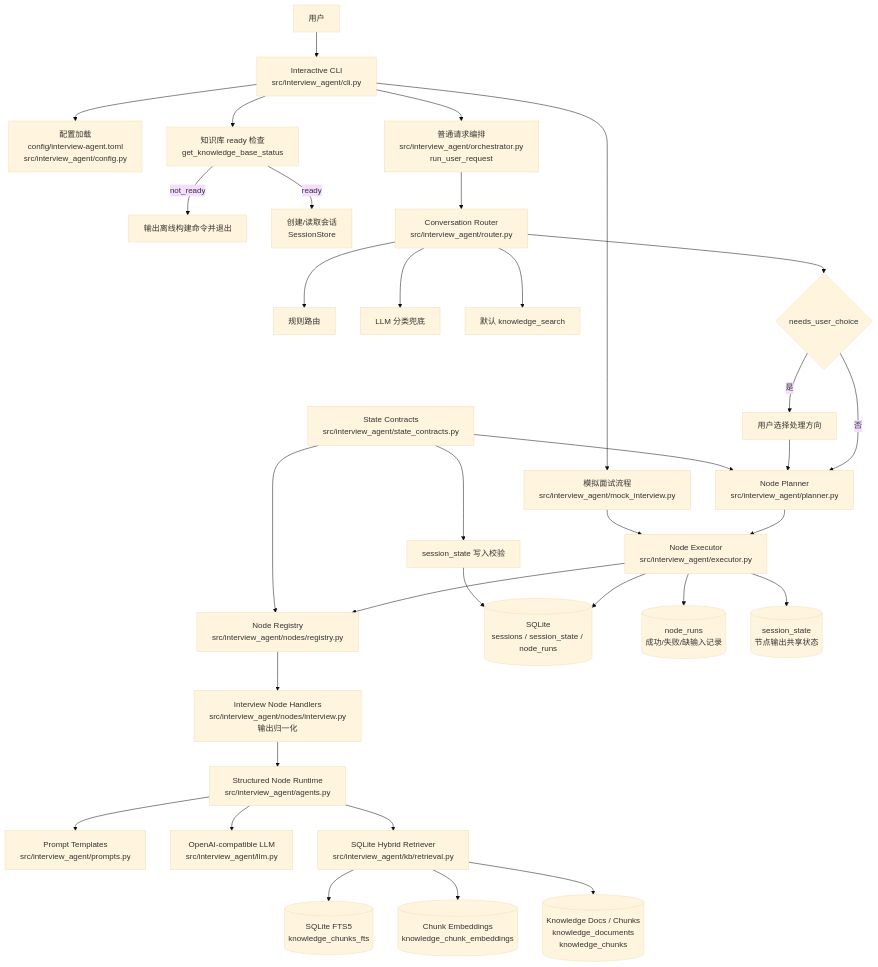
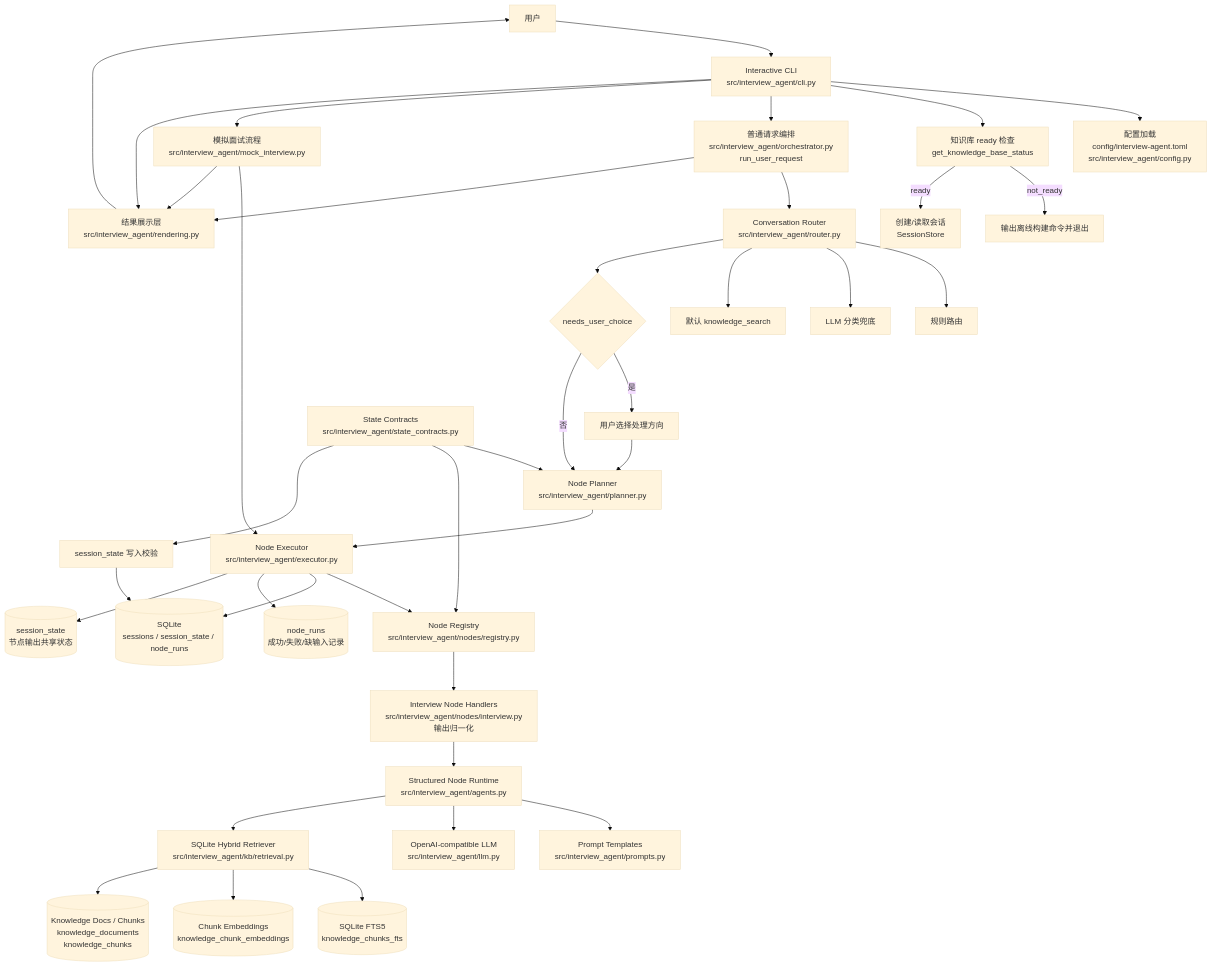
The first of 4 diagrams in docs/architecture.md (kaomianjin2/resume-agent), drawn with Mermaid (base theme) before and after one commit. The commit also changed other lines of this file and 6 other files, not shown here.

````diff
--- a/docs/architecture.md
+++ b/docs/architecture.md
@@ -15,45 +15,49 @@
 ```mermaid
 flowchart TD
     User[用户] --> CLI[Interactive CLI<br/>src/interview_agent/cli.py]
 
     CLI --> Config[配置加载<br/>config/interview-agent.toml<br/>src/interview_agent/config.py]
     CLI --> KBReady[知识库 ready 检查<br/>get_knowledge_base_status]
     KBReady -->|not_ready| OfflineHint[输出离线构建命令并退出]
     KBReady -->|ready| Session[创建/读取会话<br/>SessionStore]
 
     CLI --> Orchestrator[普通请求编排<br/>src/interview_agent/orchestrator.py<br/>run_user_request]
     CLI --> MockFlow[模拟面试流程<br/>src/interview_agent/mock_interview.py]
+    CLI --> Rendering[结果展示层<br/>src/interview_agent/rendering.py]
     Orchestrator --> Router[Conversation Router<br/>src/interview_agent/router.py]
     Router --> RuleRoute[规则路由]
     Router --> LLMRoute[LLM 分类兜底]
     Router --> DefaultRoute[默认 knowledge_search]
     Router --> DirectionChoice{needs_user_choice}
     DirectionChoice -->|是| UserChoice[用户选择处理方向]
     DirectionChoice -->|否| Planner
 
     UserChoice --> Planner
     Planner[Node Planner<br/>src/interview_agent/planner.py]
     StateContracts[State Contracts<br/>src/interview_agent/state_contracts.py]
     StateContracts --> Planner
     Planner --> Executor[Node Executor<br/>src/interview_agent/executor.py]
     MockFlow --> Executor
 
     Executor --> Registry[Node Registry<br/>src/interview_agent/nodes/registry.py]
     StateContracts --> Registry
     StateContracts --> SessionValidation[session_state 写入校验]
     Registry --> Handlers[Interview Node Handlers<br/>src/interview_agent/nodes/interview.py<br/>输出归一化]
 
     Executor --> SQLite[(SQLite<br/>sessions / session_state / node_runs)]
     SessionValidation --> SQLite
     Handlers --> AgentRuntime[Structured Node Runtime<br/>src/interview_agent/agents.py]
     AgentRuntime --> Prompts[Prompt Templates<br/>src/interview_agent/prompts.py]
     AgentRuntime --> LLM[OpenAI-compatible LLM<br/>src/interview_agent/llm.py]
     AgentRuntime --> Retriever[SQLite Hybrid Retriever<br/>src/interview_agent/kb/retrieval.py]
 
     Retriever --> FTS[(SQLite FTS5<br/>knowledge_chunks_fts)]
     Retriever --> Embeddings[(Chunk Embeddings<br/>knowledge_chunk_embeddings)]
     Retriever --> KBChunks[(Knowledge Docs / Chunks<br/>knowledge_documents<br/>knowledge_chunks)]
 
     Executor --> Runs[(node_runs<br/>成功/失败/缺输入记录)]
     Executor --> State[(session_state<br/>节点输出共享状态)]
+    Orchestrator --> Rendering
+    MockFlow --> Rendering
+    Rendering --> User
 ```
````
